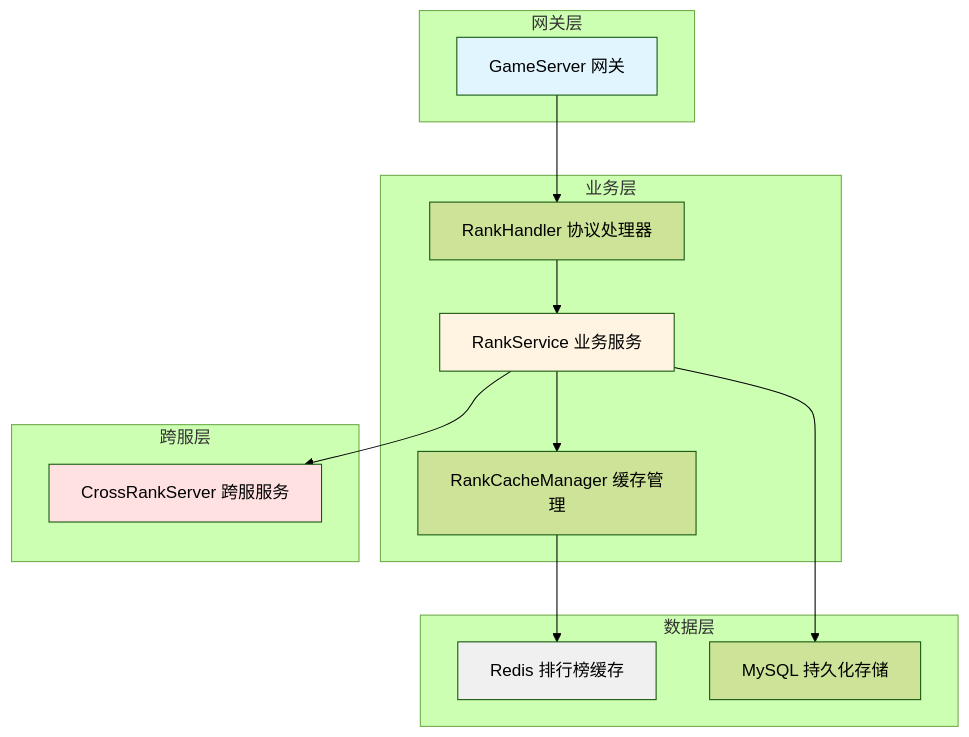
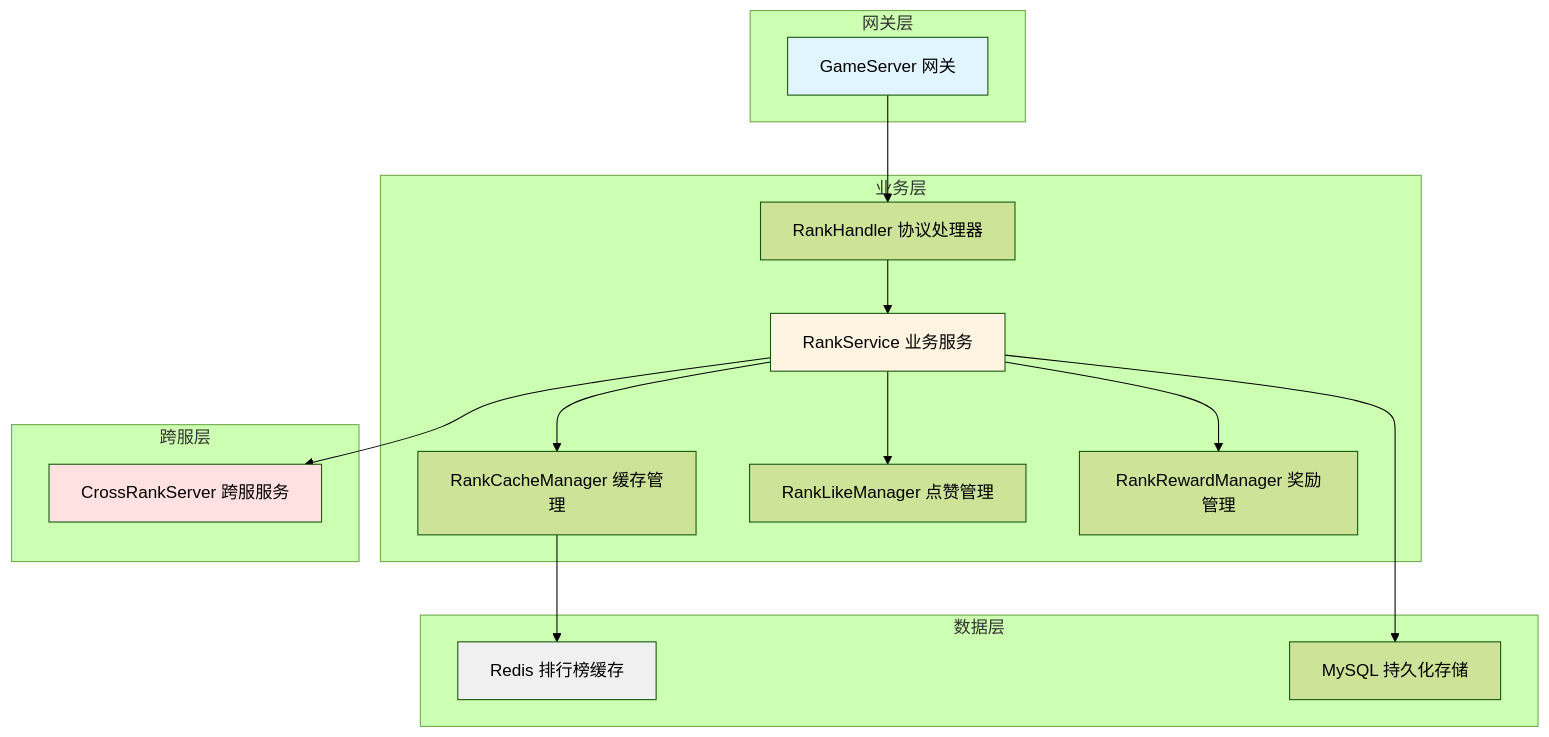
The first of 2 diagrams in docs/Module_Rank/04_服务端开发.md (Alan-Ben/k2c_game_framework), drawn with Mermaid (forest theme) before and after one commit. The commit also changed other lines of this file and 10 other files, not shown here.

Commit message:
docs: 完善 Consort/Mail/Rank 模块文档 - mermaid图、代码示例、完整字段列表

````diff
--- a/docs/Module_Rank/04_服务端开发.md
+++ b/docs/Module_Rank/04_服务端开发.md
@@ -5,33 +5,37 @@
 ```mermaid
 graph TB
     subgraph 网关层
         A[GameServer 网关]
     end
 
     subgraph 业务层
         B[RankHandler 协议处理器]
         C[RankService 业务服务]
         D[RankCacheManager 缓存管理]
+        E[RankLikeManager 点赞管理]
+        F[RankRewardManager 奖励管理]
     end
 
     subgraph 数据层
-        E[Redis 排行榜缓存]
-        F[MySQL 持久化存储]
+        G[Redis 排行榜缓存]
+        H[MySQL 持久化存储]
     end
 
     subgraph 跨服层
-        G[CrossRankServer 跨服服务]
+        I[CrossRankServer 跨服服务]
     end
 
     A --> B
     B --> C
     C --> D
-    D --> E
+    C --> E
     C --> F
-    C --> G
+    D --> G
+    C --> H
+    C --> I
 
     style A fill:#e1f5ff
     style C fill:#fff4e1
-    style E fill:#f0f0f0
-    style G fill:#ffe1e1
+    style G fill:#f0f0f0
+    style I fill:#ffe1e1
 ```
````
